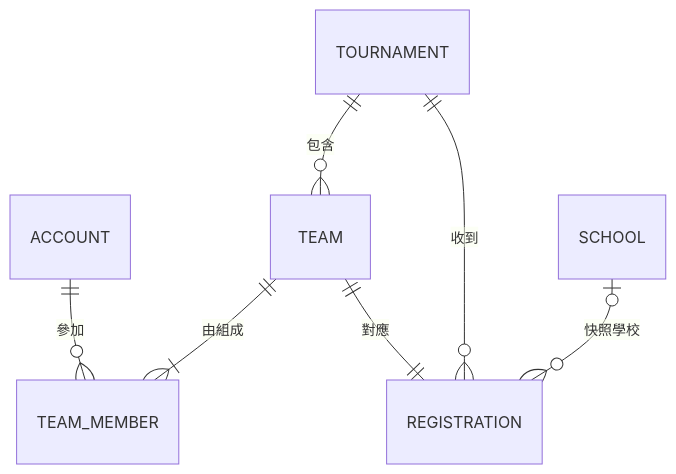
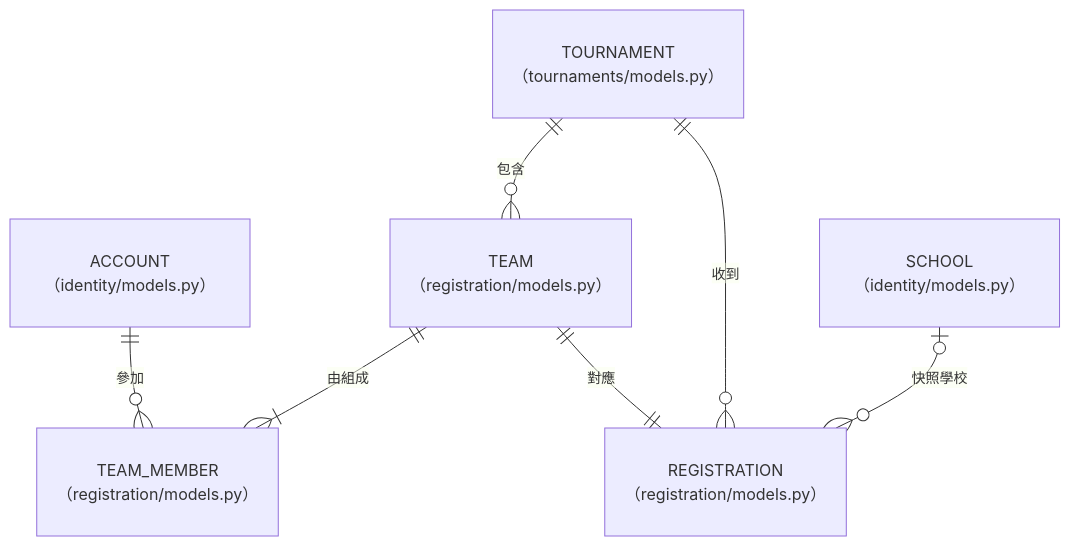
One commit to Team14good/esport-platform changed the sixth of 19 diagrams in docs/midterm/B-軟體需求分析文件.md. Above: the diagram before and after it, drawn with Mermaid. The commit also changed other lines of this file and 15 other files, not shown here.

First line of the commit message:
docs: 圖上標註對應的程式檔、函式與使用案例編號 (#91)

````diff
--- a/docs/midterm/B-軟體需求分析文件.md
+++ b/docs/midterm/B-軟體需求分析文件.md
@@ -713,9 +722,15 @@
 ```mermaid
 erDiagram
+  ACCOUNT["ACCOUNT（identity/models.py）"]
+  SCHOOL["SCHOOL（identity/models.py）"]
+  TOURNAMENT["TOURNAMENT（tournaments/models.py）"]
+  TEAM["TEAM（registration/models.py）"]
+  TEAM_MEMBER["TEAM_MEMBER（registration/models.py）"]
+  REGISTRATION["REGISTRATION（registration/models.py）"]
   ACCOUNT ||--o{ TEAM_MEMBER : "參加"
   TEAM ||--|{ TEAM_MEMBER : "由組成"
   TOURNAMENT ||--o{ TEAM : "包含"
   TEAM ||--|| REGISTRATION : "對應"
   TOURNAMENT ||--o{ REGISTRATION : "收到"
   SCHOOL |o--o{ REGISTRATION : "快照學校"
 ```
````
